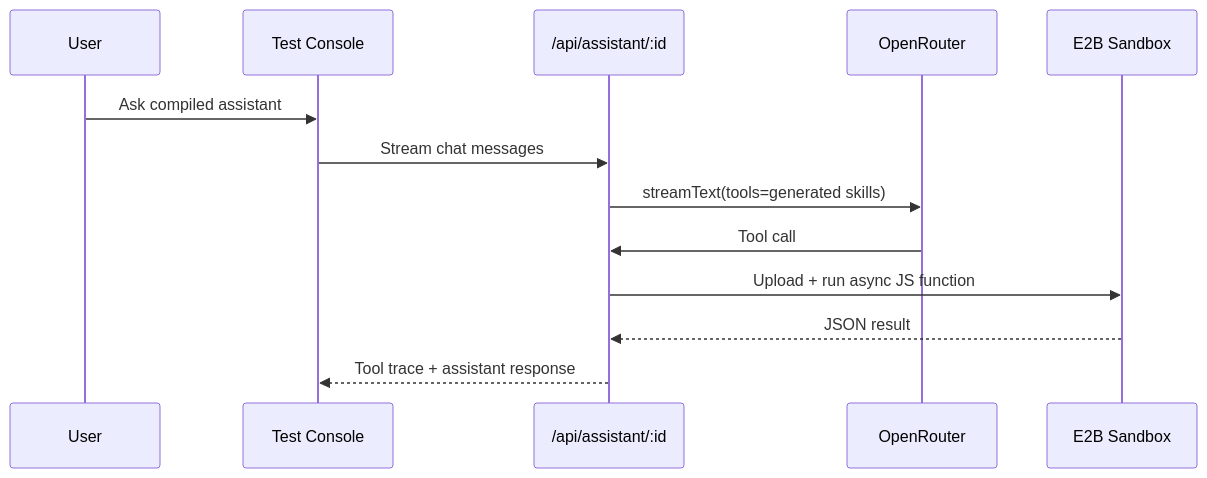
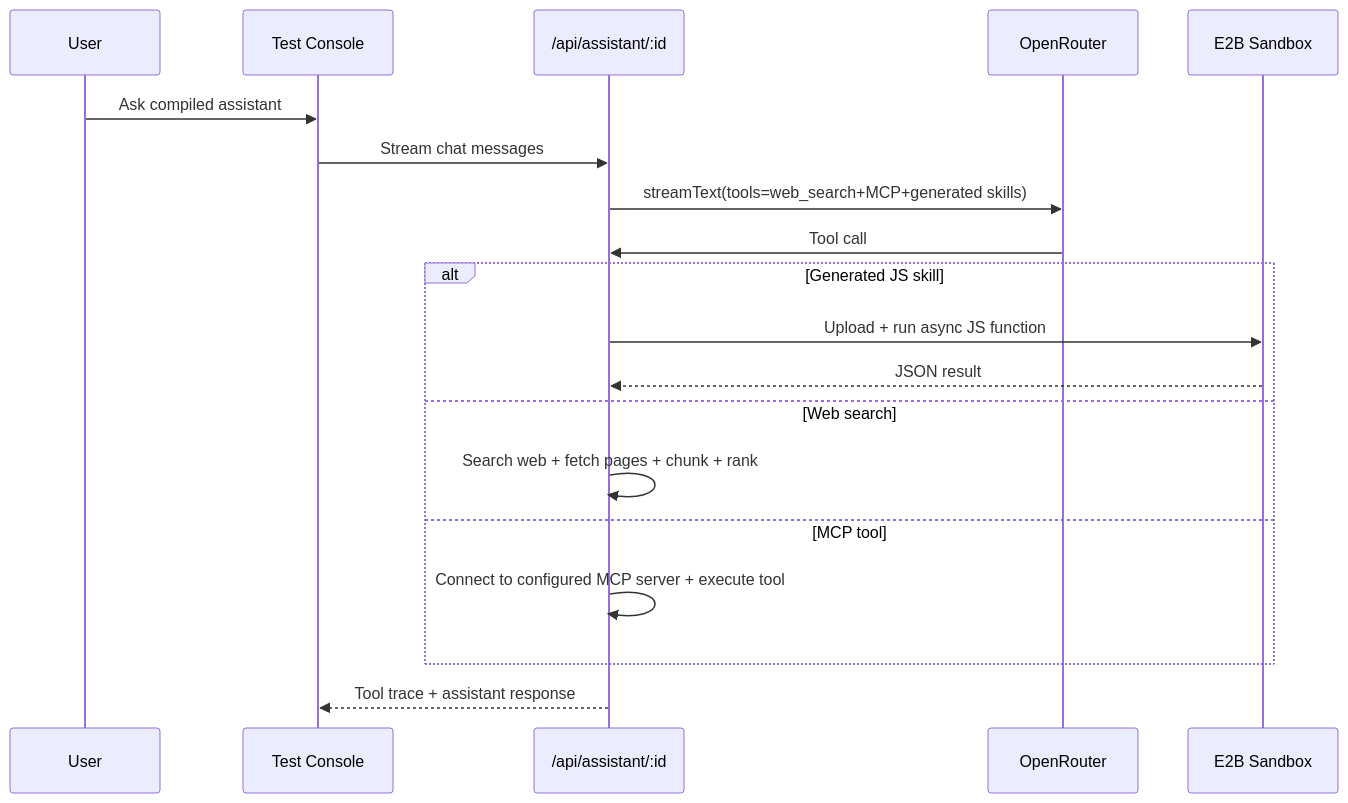
Before and after one commit to juggperc/YunForge: the third of 3 diagrams in README.md, drawn with Mermaid. The commit also changed other lines of this file and 20 other files, not shown here.

Commit message:
Add MCP runtime tools and chunked web search

````diff
--- a/README.md
+++ b/README.md
@@ -69,16 +76,22 @@
 ```mermaid
 sequenceDiagram
     participant U as User
     participant UI as Test Console
     participant API as /api/assistant/:id
     participant OR as OpenRouter
     participant E2B as E2B Sandbox
 
     U->>UI: Ask compiled assistant
     UI->>API: Stream chat messages
-    API->>OR: streamText(tools=generated skills)
+    API->>OR: streamText(tools=web_search+MCP+generated skills)
     OR->>API: Tool call
-    API->>E2B: Upload + run async JS function
-    E2B-->>API: JSON result
+    alt Generated JS skill
+        API->>E2B: Upload + run async JS function
+        E2B-->>API: JSON result
+    else Web search
+        API->>API: Search web + fetch pages + chunk + rank
+    else MCP tool
+        API->>API: Connect to configured MCP server + execute tool
+    end
     API-->>UI: Tool trace + assistant response
 ```
````
